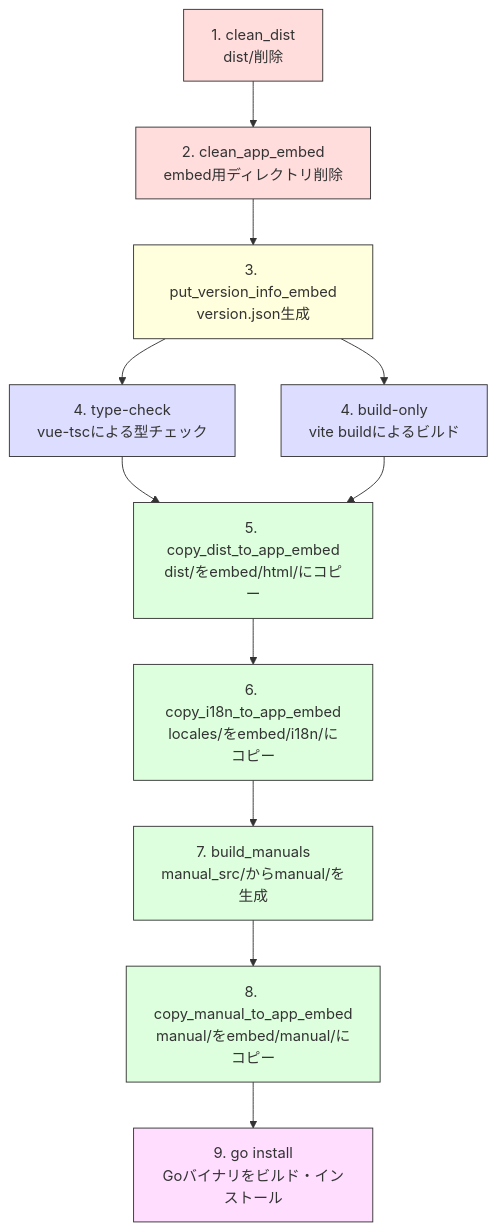
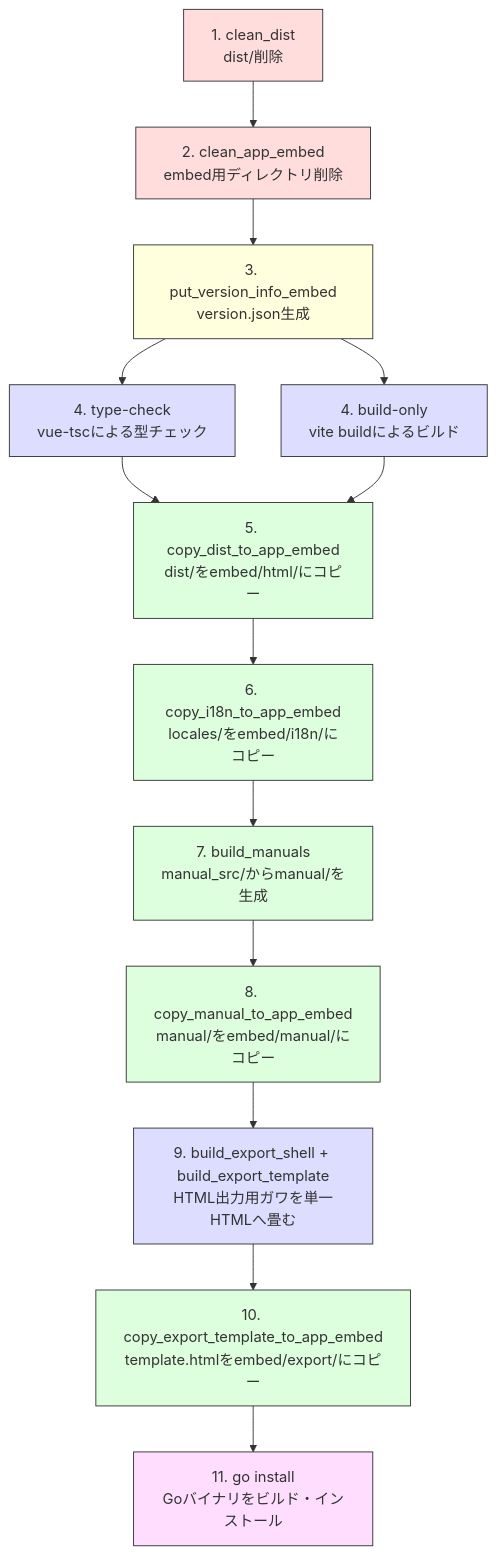
The diagram in documents/reverse/dev-setup.md (mt3hr/gkill), drawn with Mermaid before and after one commit. The commit also changed other lines of this file and 220 other files, not shown here.

````diff
--- a/documents/reverse/dev-setup.md
+++ b/documents/reverse/dev-setup.md
@@ -210,24 +212,28 @@
 ```mermaid
 graph TD
     Z["1. clean_dist<br/>dist/削除"] --> A["2. clean_app_embed<br/>embed用ディレクトリ削除"]
     A --> B["3. put_version_info_embed<br/>version.json生成"]
     B --> C["4. type-check<br/>vue-tscによる型チェック"]
     B --> D["4. build-only<br/>vite buildによるビルド"]
     C --> E["5. copy_dist_to_app_embed<br/>dist/をembed/html/にコピー"]
     D --> E
     E --> F["6. copy_i18n_to_app_embed<br/>locales/をembed/i18n/にコピー"]
     F --> M["7. build_manuals<br/>manual_src/からmanual/を生成"]
     M --> H["8. copy_manual_to_app_embed<br/>manual/をembed/manual/にコピー"]
-    H --> G["9. go install<br/>Goバイナリをビルド・インストール"]
+    H --> X["9. build_export_shell + build_export_template<br/>HTML出力用ガワを単一HTMLへ畳む"]
+    X --> Y["10. copy_export_template_to_app_embed<br/>template.htmlをembed/export/にコピー"]
+    Y --> G["11. go install<br/>Goバイナリをビルド・インストール"]
 
     style Z fill:#fdd,stroke:#333
     style A fill:#fdd,stroke:#333
     style B fill:#ffd,stroke:#333
     style C fill:#ddf,stroke:#333
     style D fill:#ddf,stroke:#333
     style E fill:#dfd,stroke:#333
     style F fill:#dfd,stroke:#333
     style M fill:#dfd,stroke:#333
     style H fill:#dfd,stroke:#333
+    style X fill:#ddf,stroke:#333
+    style Y fill:#dfd,stroke:#333
     style G fill:#fdf,stroke:#333
 ```
````
